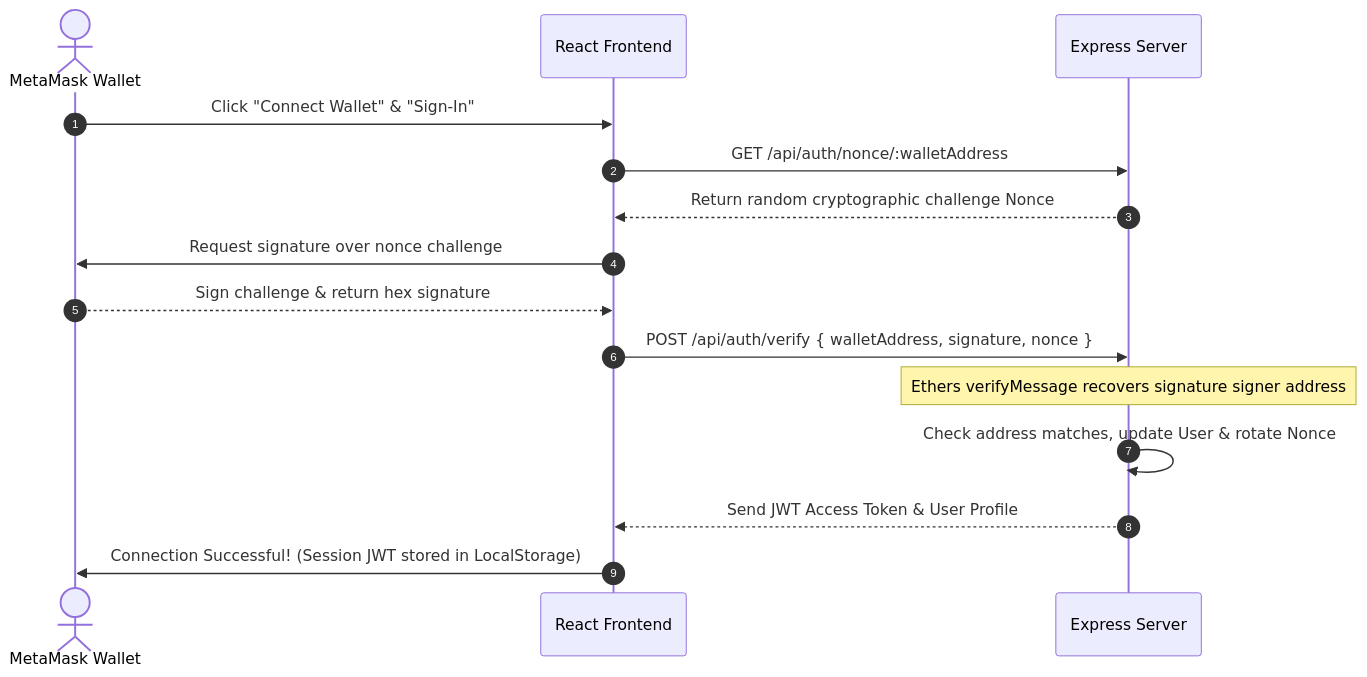
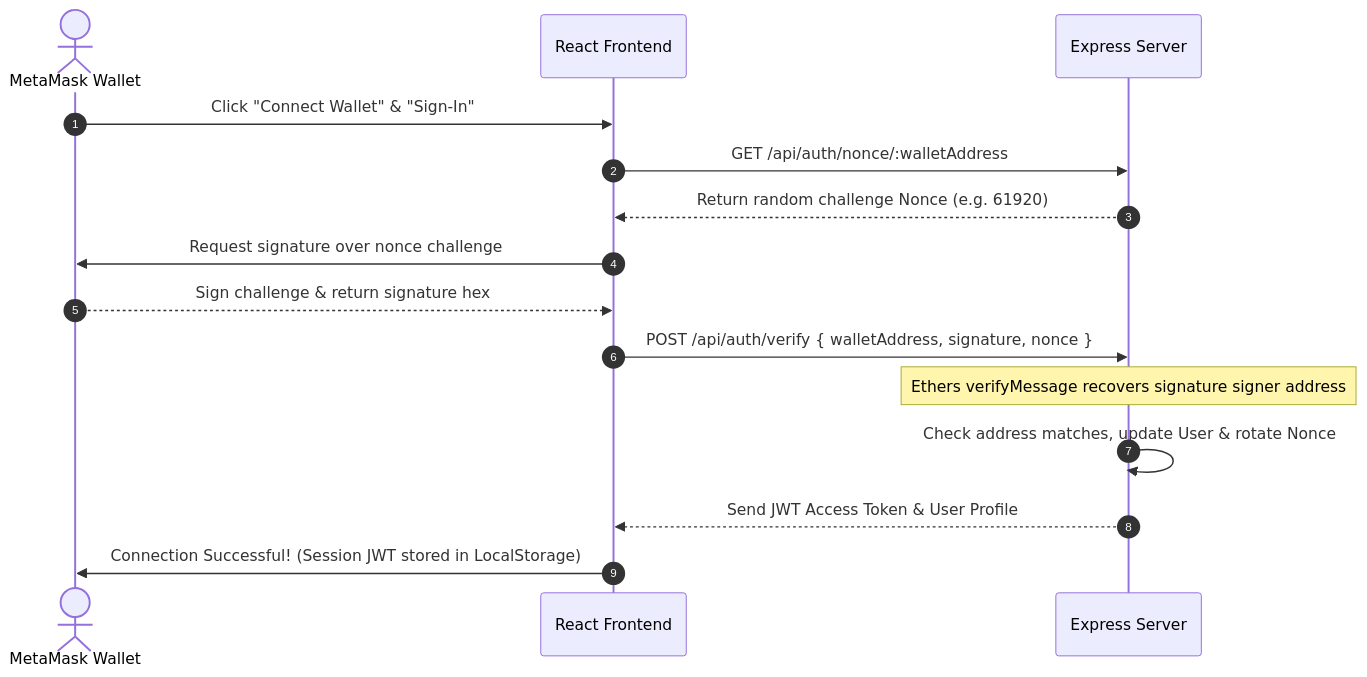
The diagram in README.md (Sonff/NFT_GALLERY), drawn with Mermaid before and after one commit. The commit also changed other lines of this file and 61 other files, not shown here.

````diff
--- a/README.md
+++ b/README.md
@@ -123,18 +84,18 @@
 ```mermaid
 sequenceDiagram
     autonumber
     actor User as MetaMask Wallet
     participant UI as React Frontend
     participant API as Express Server
     
     User->>UI: Click "Connect Wallet" & "Sign-In"
     UI->>API: GET /api/auth/nonce/:walletAddress
-    API-->>UI: Return random cryptographic challenge Nonce
+    API-->>UI: Return random challenge Nonce (e.g. 61920)
     UI->>User: Request signature over nonce challenge
-    User-->>UI: Sign challenge & return hex signature
+    User-->>UI: Sign challenge & return signature hex
     UI->>API: POST /api/auth/verify { walletAddress, signature, nonce }
     Note over API: Ethers verifyMessage recovers signature signer address
     API->>API: Check address matches, update User & rotate Nonce
     API-->>UI: Send JWT Access Token & User Profile
     UI->>User: Connection Successful! (Session JWT stored in LocalStorage)
 ```
````
